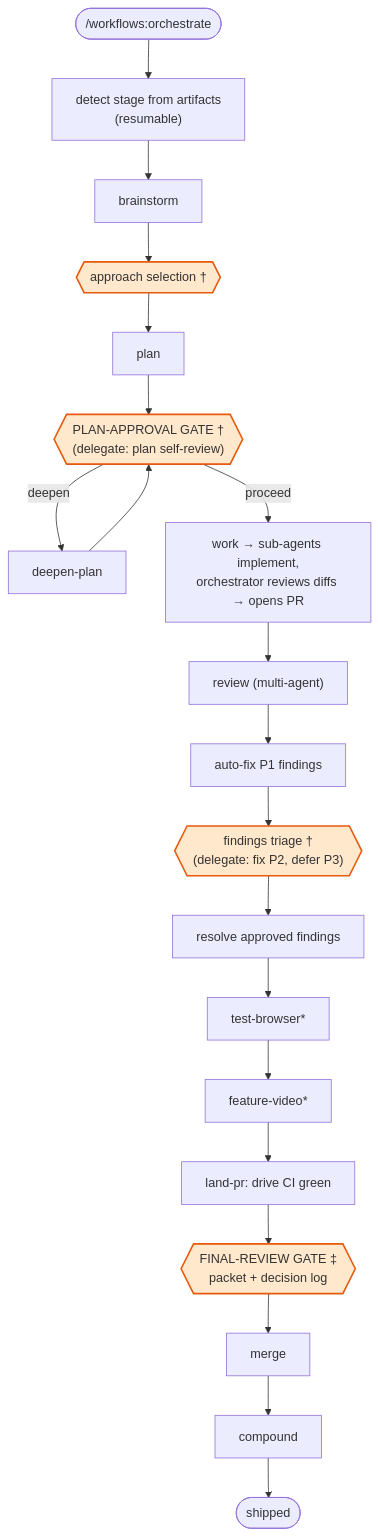
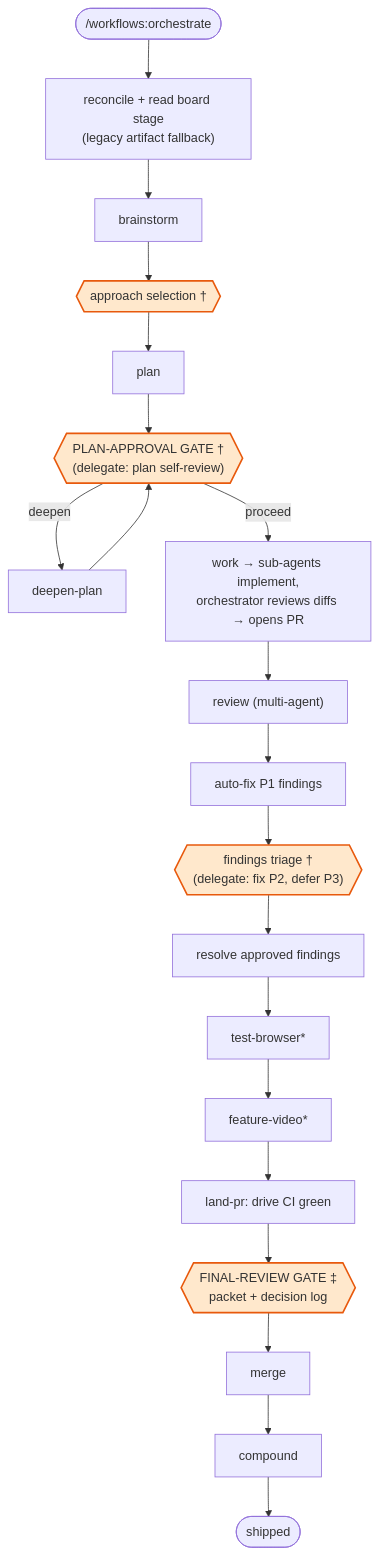
Before and after one commit to Life-With-Data/agentic-engineering: the third of 11 diagrams in plugins/agentic-engineering/FLOWS.md, drawn with Mermaid. The commit also changed other lines of this file and 23 other files, not shown here.

````diff
--- a/plugins/agentic-engineering/FLOWS.md
+++ b/plugins/agentic-engineering/FLOWS.md
@@ -48,25 +114,25 @@
 ```mermaid
 flowchart TD
-    start(["/workflows:orchestrate"]) --> detect["detect stage from artifacts<br/>(resumable)"]
+    start(["/workflows:orchestrate"]) --> detect["reconcile + read board stage<br/>(legacy artifact fallback)"]
     detect --> B["brainstorm"]
     B --> g1{{"approach selection †"}}
     g1 --> P["plan"]
     P --> gate{{"PLAN-APPROVAL GATE †<br/>(delegate: plan self-review)"}}
     gate -->|deepen| DP["deepen-plan"]
     DP --> gate
     gate -->|proceed| W["work → sub-agents implement,<br/>orchestrator reviews diffs → opens PR"]
     W --> R["review (multi-agent)"]
     R --> p1["auto-fix P1 findings"]
     p1 --> g2{{"findings triage †<br/>(delegate: fix P2, defer P3)"}}
     g2 --> resolve["resolve approved findings"]
     resolve --> TB["test-browser*"]
     TB --> FV["feature-video*"]
     FV --> L["land-pr: drive CI green"]
     L --> g3{{"FINAL-REVIEW GATE ‡<br/>packet + decision log"}}
     g3 --> M["merge"]
     M --> C["compound"]
     C --> done([shipped])
 
     classDef gate fill:#ffe8cc,stroke:#e8590c,stroke-width:2px;
     class g1,gate,g2,g3 gate
 ```
````
